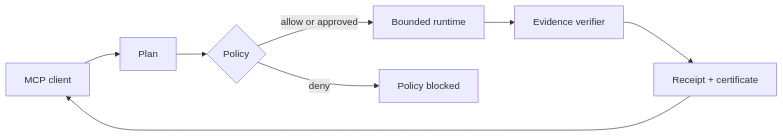
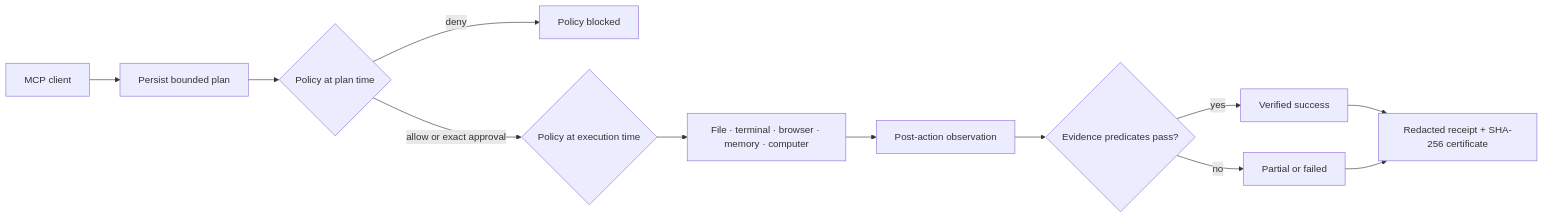
Before and after one commit to XAGI-Lab/atlas-mcp: the diagram in README.md, drawn with Mermaid. The commit also changed other lines of this file and 58 other files, not shown here.

Commit message:
Expand governed execution, memory, and public benchmarks (#9)

````diff
--- a/README.md
+++ b/README.md
@@ -133,10 +150,14 @@
 ```mermaid
 flowchart LR
-    Client["MCP client"] --> Plan["Plan"]
-    Plan --> Policy{"Policy"}
-    Policy -->|allow or approved| Execute["Bounded runtime"]
+    Client["MCP client"] --> Plan["Persist bounded plan"]
+    Plan --> Policy{"Policy at plan time"}
     Policy -->|deny| Stop["Policy blocked"]
-    Execute --> Verify["Evidence verifier"]
-    Verify --> Receipt["Receipt + certificate"]
-    Receipt --> Client
+    Policy -->|allow or exact approval| Recheck{"Policy at execution time"}
+    Recheck --> Runtime["File · terminal · browser · memory · computer"]
+    Runtime --> Observe["Post-action observation"]
+    Observe --> Verify{"Evidence predicates pass?"}
+    Verify -->|yes| Success["Verified success"]
+    Verify -->|no| Partial["Partial or failed"]
+    Success --> Receipt["Redacted receipt + SHA-256 certificate"]
+    Partial --> Receipt
 ```
````
